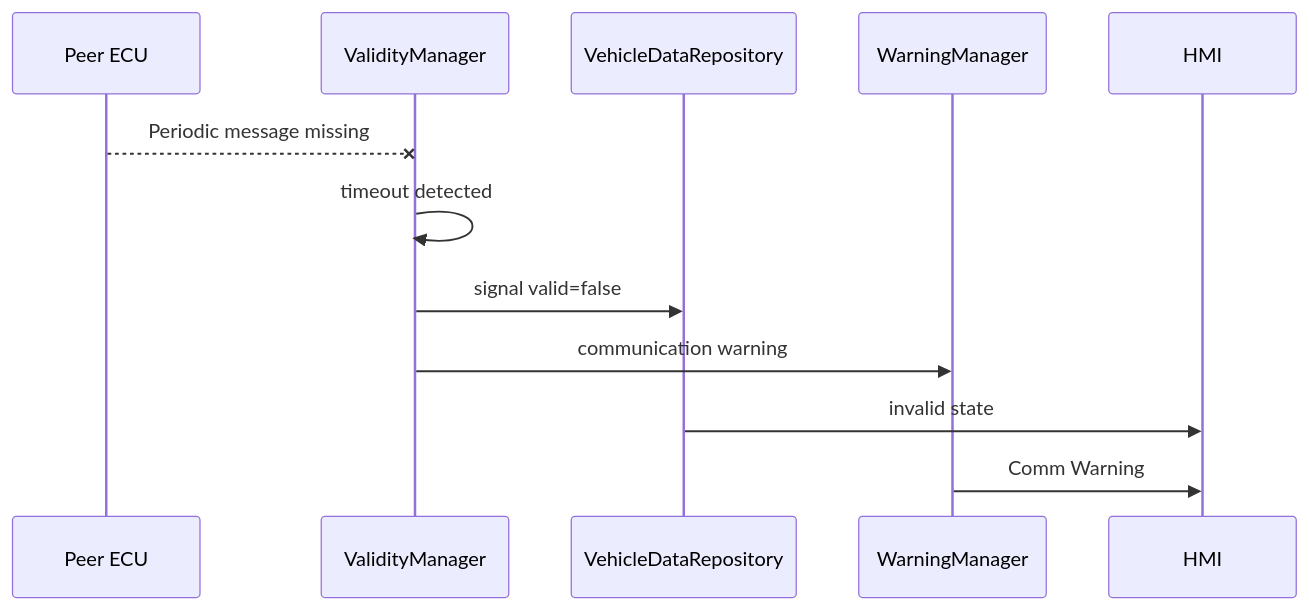
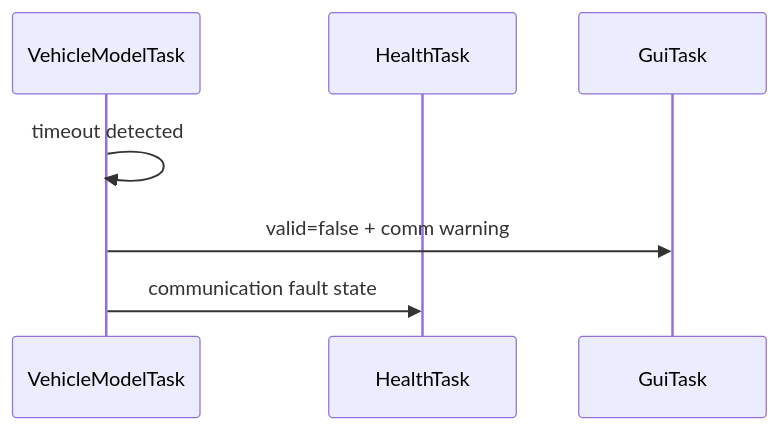
Before and after one commit to sunmaan22/SDV_MCU_Project: the fifth of 6 diagrams in docs/IVI/ARCHITECTURE.md, drawn with Mermaid. The commit also changed other lines of this file and 10 other files, not shown here.

Commit message:
docs: apply FreeRTOS architecture policy across active documentation

````diff
--- a/docs/IVI/ARCHITECTURE.md
+++ b/docs/IVI/ARCHITECTURE.md
@@ -266,15 +312,9 @@
 ```mermaid
 sequenceDiagram
-    participant ECU as Peer ECU
-    participant VM as ValidityManager
-    participant REP as VehicleDataRepository
-    participant WARN as WarningManager
-    participant UI as HMI
-
-    ECU--xVM: Periodic message missing
-    VM->>VM: timeout detected
-    VM->>REP: signal valid=false
-    VM->>WARN: communication warning
-    REP->>UI: invalid state
-    WARN->>UI: Comm Warning
+    participant MODEL as VehicleModelTask
+    participant HEALTH as HealthTask
+    participant GUI as GuiTask
+    MODEL->>MODEL: timeout detected
+    MODEL->>GUI: valid=false + comm warning
+    MODEL->>HEALTH: communication fault state
 ```
````
